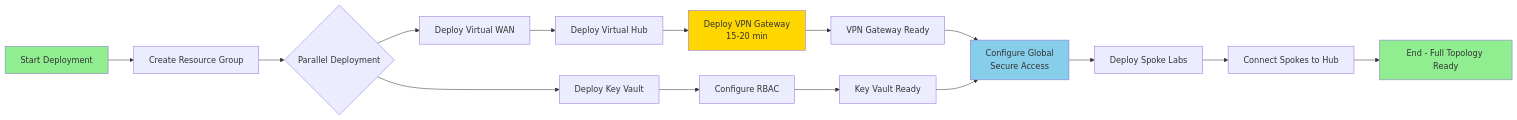
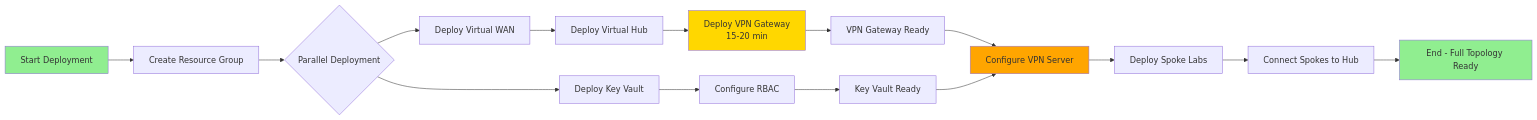
Before and after one commit to acworkma/AI-Lab: the second of 2 diagrams in docs/core-infrastructure/architecture-diagram.md, drawn with Mermaid. The commit also changed other lines of this file and 5 other files, not shown here.

Commit message:
refactor: Update documentation for Point-to-Site VPN integration and remove Global Secure Access guide

````diff
--- a/docs/core-infrastructure/architecture-diagram.md
+++ b/docs/core-infrastructure/architecture-diagram.md
@@ -106,22 +106,22 @@
 ```mermaid
 graph LR
     A[Start Deployment] --> B[Create Resource Group]
     B --> C{Parallel Deployment}
     C --> D[Deploy Virtual WAN]
     C --> E[Deploy Key Vault]
     D --> F[Deploy Virtual Hub]
     E --> G[Configure RBAC]
     F --> H[Deploy VPN Gateway<br/>15-20 min]
     H --> I[VPN Gateway Ready]
     G --> J[Key Vault Ready]
-    I --> K[Configure Global<br/>Secure Access]
+    I --> K[Configure VPN Server]
     J --> K
     K --> L[Deploy Spoke Labs]
     L --> M[Connect Spokes to Hub]
     M --> N[End - Full Topology Ready]
     
     style A fill:#90EE90
     style N fill:#90EE90
     style H fill:#FFD700
-    style K fill:#87CEEB
+    style K fill:#FFA500
 ```
````
